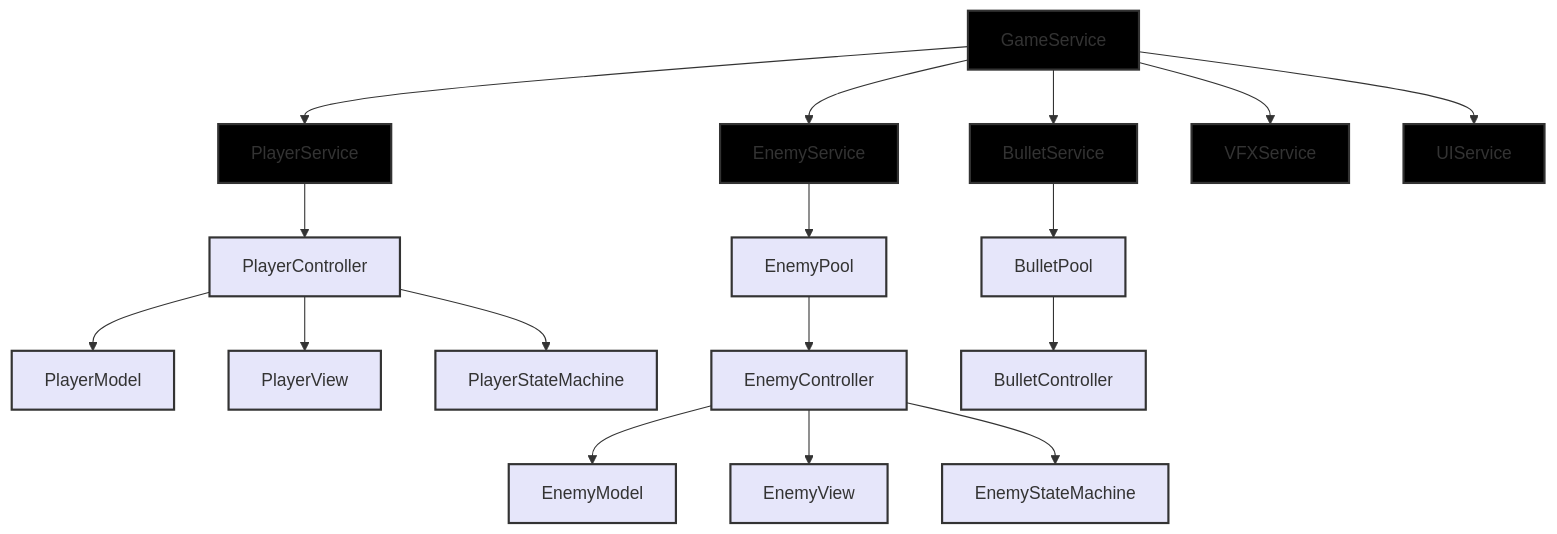
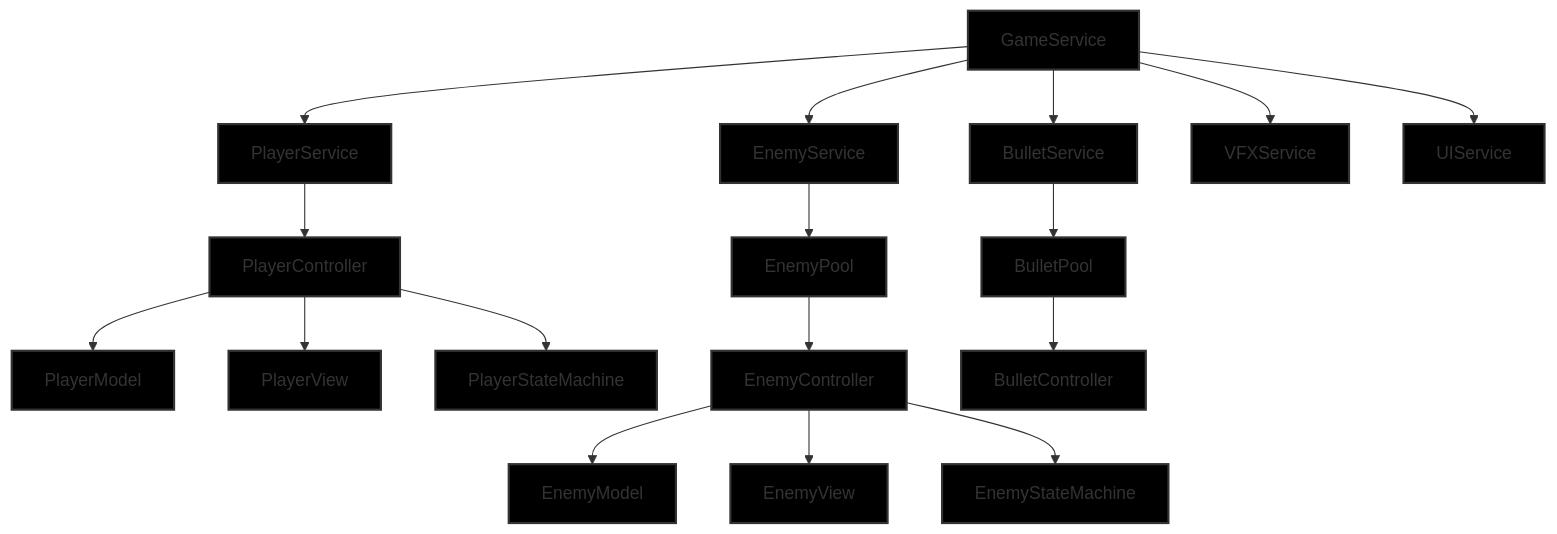
Before and after one commit to Sayan11071998/Dragon-Ball-Path-of-Fire: the diagram in README.md, drawn with Mermaid.

````diff
--- a/README.md
+++ b/README.md
@@ -15,36 +15,36 @@
 ```mermaid
 flowchart TD
     GameService[GameService]
     
     GameService --> PlayerService[PlayerService]
     GameService --> EnemyService[EnemyService]
     GameService --> BulletService[BulletService]
     GameService --> VFXService[VFXService]
     GameService --> UIService[UIService]
     
     PlayerService --> PlayerController[PlayerController]
     
     PlayerController --> PlayerModel[PlayerModel]
     PlayerController --> PlayerView[PlayerView]
     PlayerController --> PlayerStateMachine[PlayerStateMachine]
     
     EnemyService --> EnemyPool[EnemyPool]
     
     EnemyPool --> EnemyController[EnemyController]
     
     EnemyController --> EnemyModel[EnemyModel]
     EnemyController --> EnemyView[EnemyView]
     EnemyController --> EnemyStateMachine[EnemyStateMachine]
     
     BulletService --> BulletPool[BulletPool]
     
     BulletPool --> BulletController[BulletController]
     
     classDef serviceStyle fill:#000000,stroke:#333,stroke-width:2px
-    classDef controllerStyle fill:#E6E6FA,stroke:#333,stroke-width:2px
-    classDef componentStyle fill:#E6E6FA,stroke:#333,stroke-width:2px
+    classDef controllerStyle fill:#000000,stroke:#333,stroke-width:2px
+    classDef componentStyle fill:#000000,stroke:#333,stroke-width:2px
     
     class GameService,PlayerService,EnemyService,BulletService,VFXService,UIService serviceStyle
     class PlayerController,EnemyController,BulletController controllerStyle
     class PlayerModel,PlayerView,PlayerStateMachine,EnemyModel,EnemyView,EnemyStateMachine,EnemyPool,BulletPool componentStyle
 ```
````
